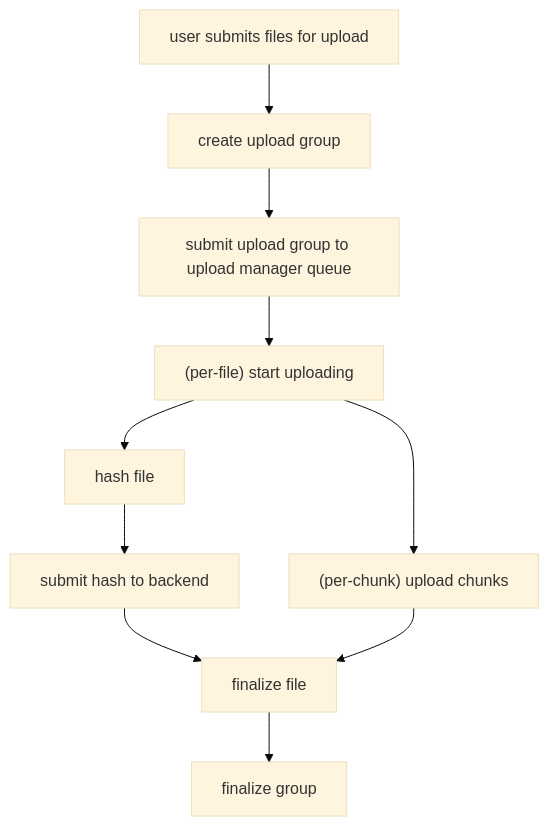
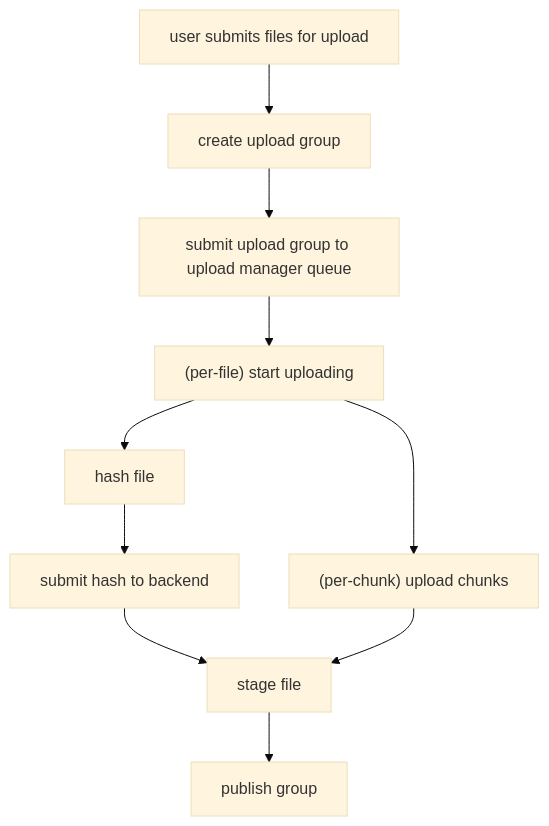
Before and after one commit to caby-io/caby: the diagram in notes.md, drawn with Mermaid (base theme). The commit also changed 5 other files, not shown here.

Commit message:
refactor: finalize,commit -> commit,publish

````diff
--- a/notes.md
+++ b/notes.md
@@ -71,19 +71,19 @@
 ```mermaid
 graph TD;
     A["user submits files for upload"];
     B["create upload group"];
     C["submit upload group to upload manager queue"];
     D["(per-file) start uploading"];
 
     E_1["hash file"];
     E_2["submit hash to backend"];
 
     F_1["(per-chunk) upload chunks"];
 
-    G["finalize file"];
-    H["finalize group"];
+    G["stage file"];
+    H["publish group"];
 
     A-->B-->C-->D;
     D-->E_1-->E_2-->G;
     D-->F_1-->G-->H;
 ```
````
